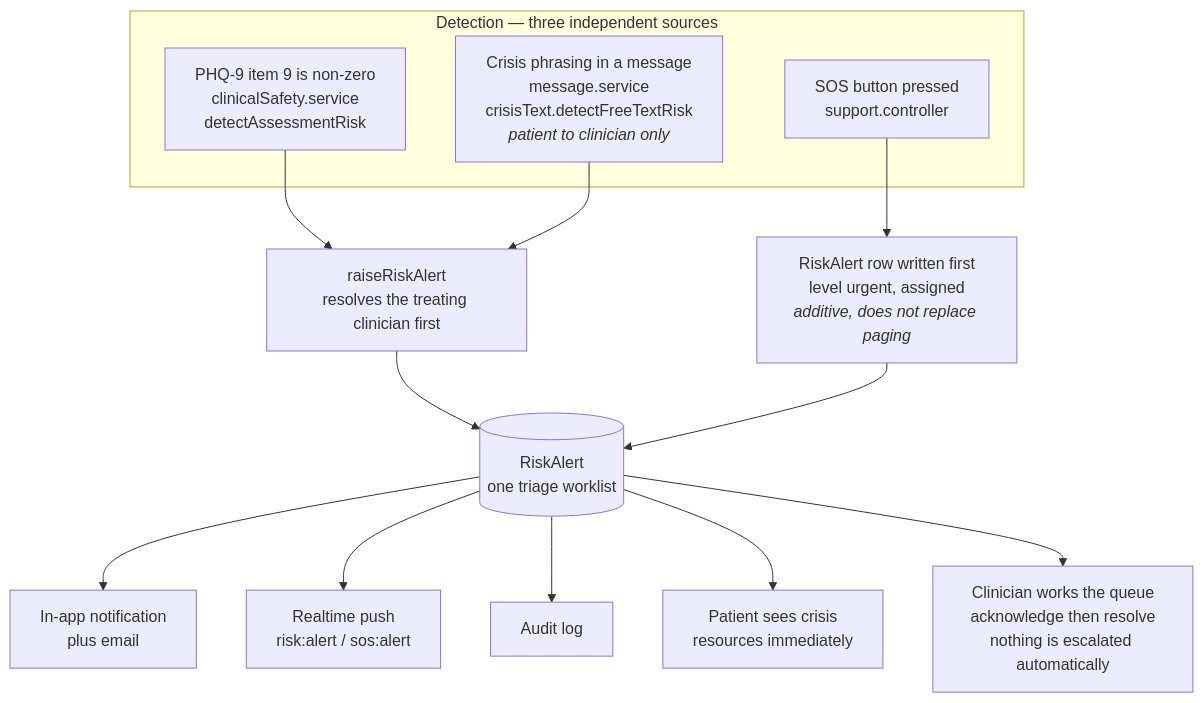
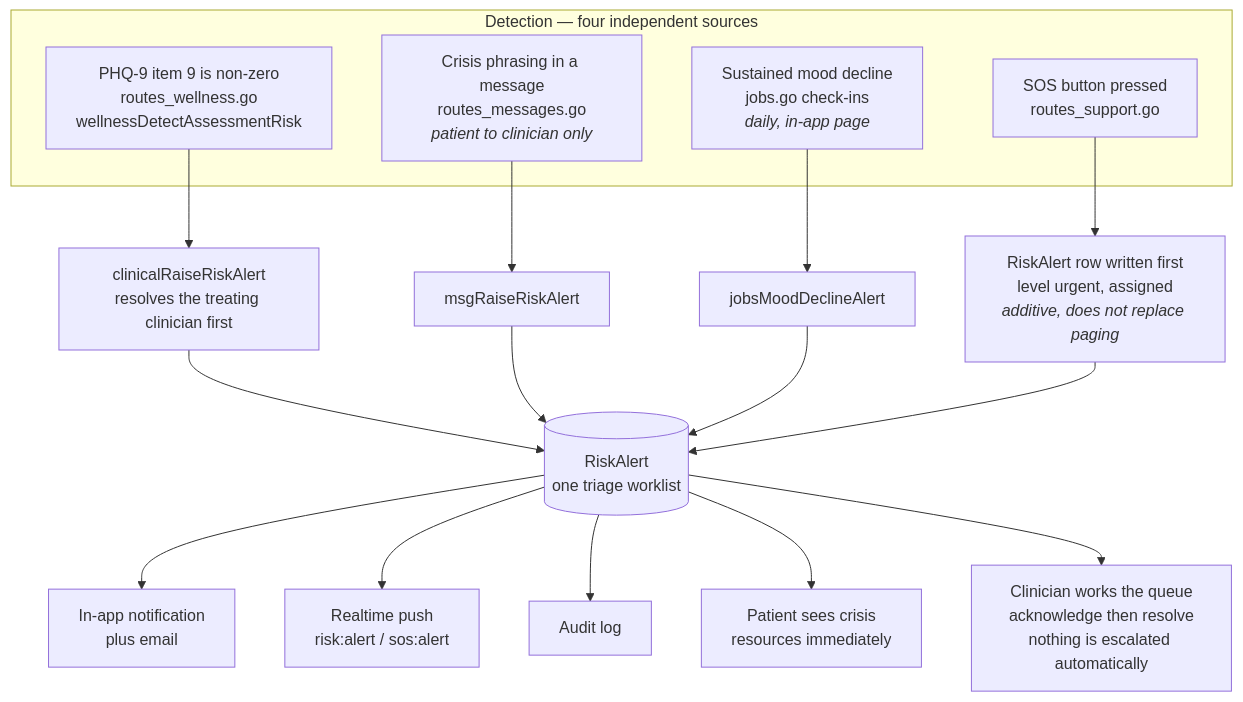
Before and after one commit to davinakmalyasha/MindEase: the diagram in docs/security.md, drawn with Mermaid. The commit also changed other lines of this file and 45 other files, not shown here.

````diff
--- a/docs/security.md
+++ b/docs/security.md
@@ -292,22 +305,26 @@
 ```mermaid
 flowchart TD
-    subgraph detect["Detection — three independent sources"]
-        A["PHQ-9 item 9 is non-zero<br/>clinicalSafety.service<br/>detectAssessmentRisk"]
-        B["SOS button pressed<br/>support.controller"]
-        C["Crisis phrasing in a message<br/>message.service<br/>crisisText.detectFreeTextRisk<br/><i>patient to clinician only</i>"]
+    subgraph detect["Detection — four independent sources"]
+        A["PHQ-9 item 9 is non-zero<br/>routes_wellness.go<br/>wellnessDetectAssessmentRisk"]
+        B["SOS button pressed<br/>routes_support.go"]
+        C["Crisis phrasing in a message<br/>routes_messages.go<br/><i>patient to clinician only</i>"]
+        D["Sustained mood decline<br/>jobs.go check-ins<br/><i>daily, in-app page</i>"]
     end
 
-    A --> R["raiseRiskAlert<br/>resolves the treating clinician first"]
-    C --> R
-    B --> R2["RiskAlert row written first<br/>level urgent, assigned<br/><i>additive, does not replace paging</i>"]
+    A --> R["clinicalRaiseRiskAlert<br/>resolves the treating clinician first"]
+    C --> R2["msgRaiseRiskAlert"]
+    D --> R3["jobsMoodDeclineAlert"]
+    B --> R4["RiskAlert row written first<br/>level urgent, assigned<br/><i>additive, does not replace paging</i>"]
 
     R --> Q[("RiskAlert<br/>one triage worklist")]
     R2 --> Q
+    R3 --> Q
+    R4 --> Q
 
     Q --> N1["In-app notification<br/>plus email"]
     Q --> N2["Realtime push<br/>risk:alert / sos:alert"]
     Q --> N3["Audit log"]
     Q --> Q2["Patient sees crisis<br/>resources immediately"]
 
     Q --> H["Clinician works the queue<br/>acknowledge then resolve<br/>nothing is escalated automatically"]
 ```
````
